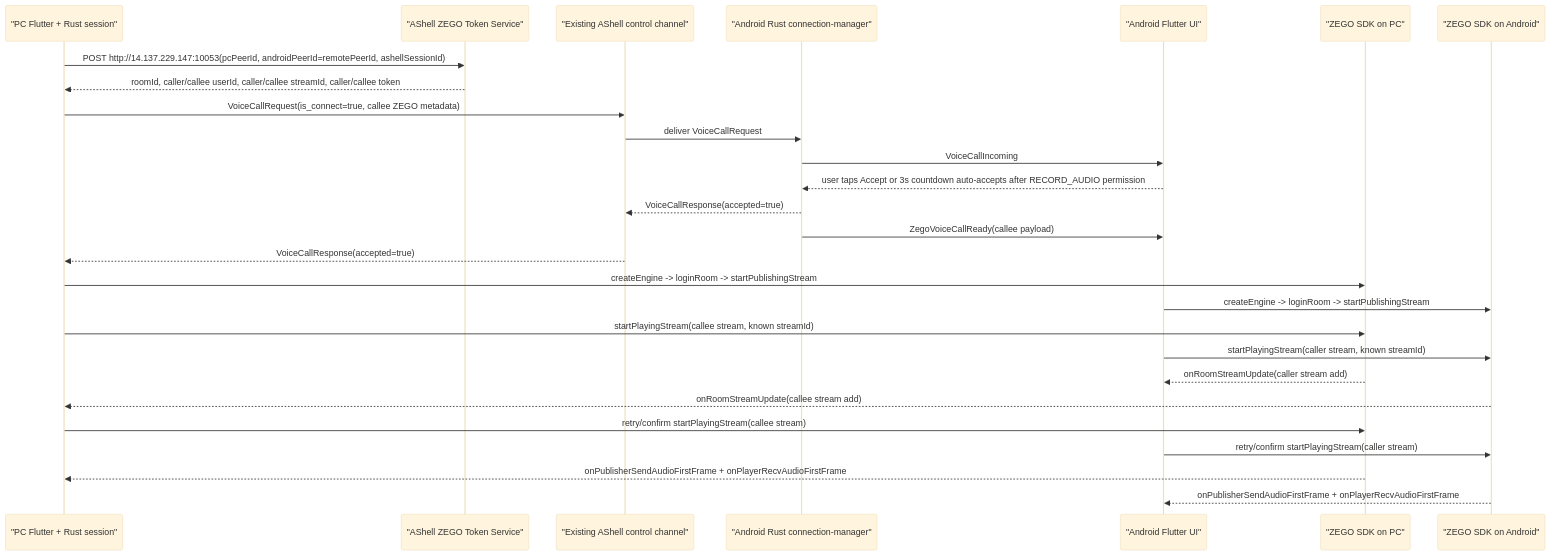
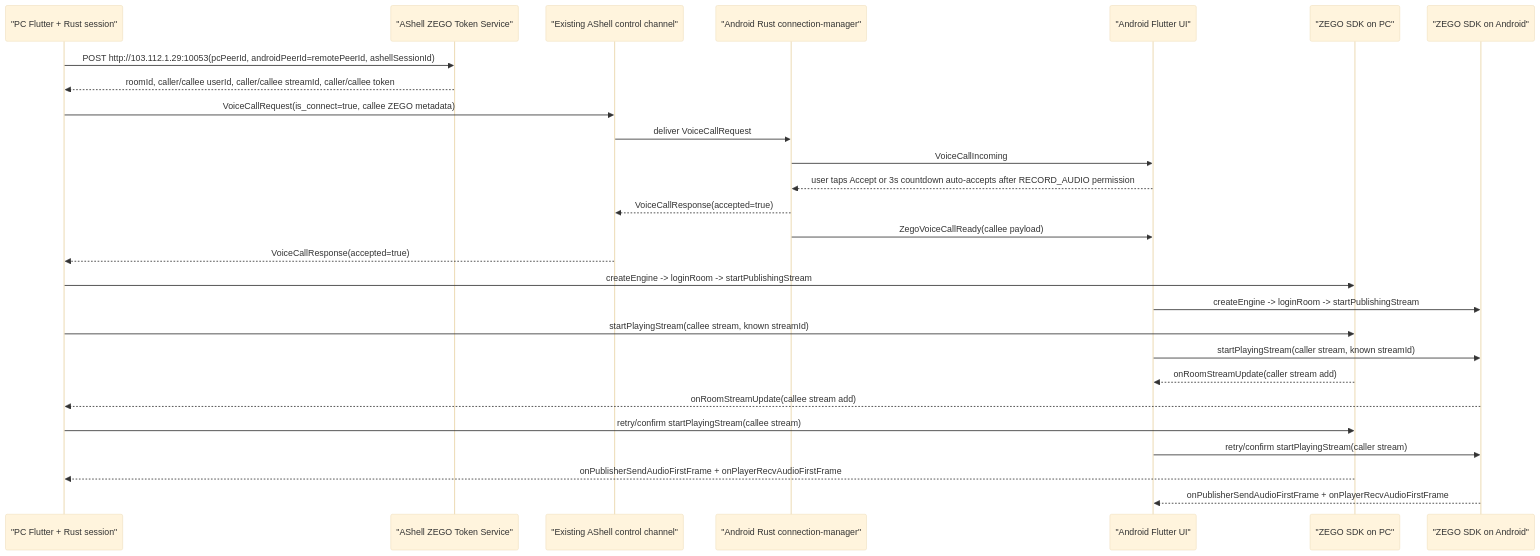
The first of 3 diagrams in docs/ZEGO_VOICE_CALL_ARCHITECTURE.md (adb-shell/A-Shell-You), drawn with Mermaid (base theme) before and after one commit. The commit also changed other lines of this file and 9 other files, not shown here.

````diff
--- a/docs/ZEGO_VOICE_CALL_ARCHITECTURE.md
+++ b/docs/ZEGO_VOICE_CALL_ARCHITECTURE.md
@@ -17,30 +17,30 @@
 ```mermaid
 sequenceDiagram
     participant PC as "PC Flutter + Rust session"
     participant Token as "AShell ZEGO Token Service"
     participant Conn as "Existing AShell control channel"
     participant AndroidRust as "Android Rust connection-manager"
     participant AndroidUI as "Android Flutter UI"
     participant ZegoPC as "ZEGO SDK on PC"
     participant ZegoAndroid as "ZEGO SDK on Android"
 
-    PC->>Token: POST http://14.137.229.147:10053(pcPeerId, androidPeerId=remotePeerId, ashellSessionId)
+    PC->>Token: POST http://103.112.1.29:10053(pcPeerId, androidPeerId=remotePeerId, ashellSessionId)
     Token-->>PC: roomId, caller/callee userId, caller/callee streamId, caller/callee token
     PC->>Conn: VoiceCallRequest(is_connect=true, callee ZEGO metadata)
     Conn->>AndroidRust: deliver VoiceCallRequest
     AndroidRust->>AndroidUI: VoiceCallIncoming
     AndroidUI-->>AndroidRust: user taps Accept or 3s countdown auto-accepts after RECORD_AUDIO permission
     AndroidRust-->>Conn: VoiceCallResponse(accepted=true)
     AndroidRust->>AndroidUI: ZegoVoiceCallReady(callee payload)
     Conn-->>PC: VoiceCallResponse(accepted=true)
     PC->>ZegoPC: createEngine -> loginRoom -> startPublishingStream
     AndroidUI->>ZegoAndroid: createEngine -> loginRoom -> startPublishingStream
     PC->>ZegoPC: startPlayingStream(callee stream, known streamId)
     AndroidUI->>ZegoAndroid: startPlayingStream(caller stream, known streamId)
     ZegoPC-->>AndroidUI: onRoomStreamUpdate(caller stream add)
     ZegoAndroid-->>PC: onRoomStreamUpdate(callee stream add)
     PC->>ZegoPC: retry/confirm startPlayingStream(callee stream)
     AndroidUI->>ZegoAndroid: retry/confirm startPlayingStream(caller stream)
     ZegoPC-->>PC: onPublisherSendAudioFirstFrame + onPlayerRecvAudioFirstFrame
     ZegoAndroid-->>AndroidUI: onPublisherSendAudioFirstFrame + onPlayerRecvAudioFirstFrame
 ```
````
